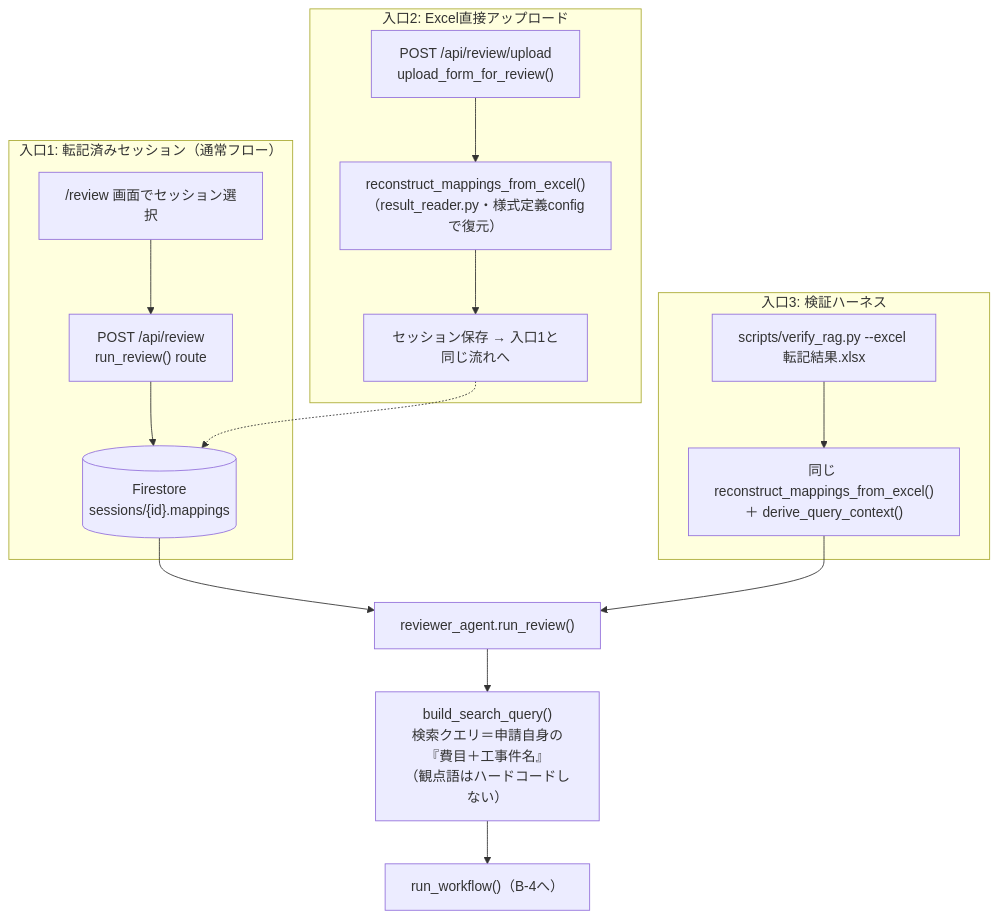
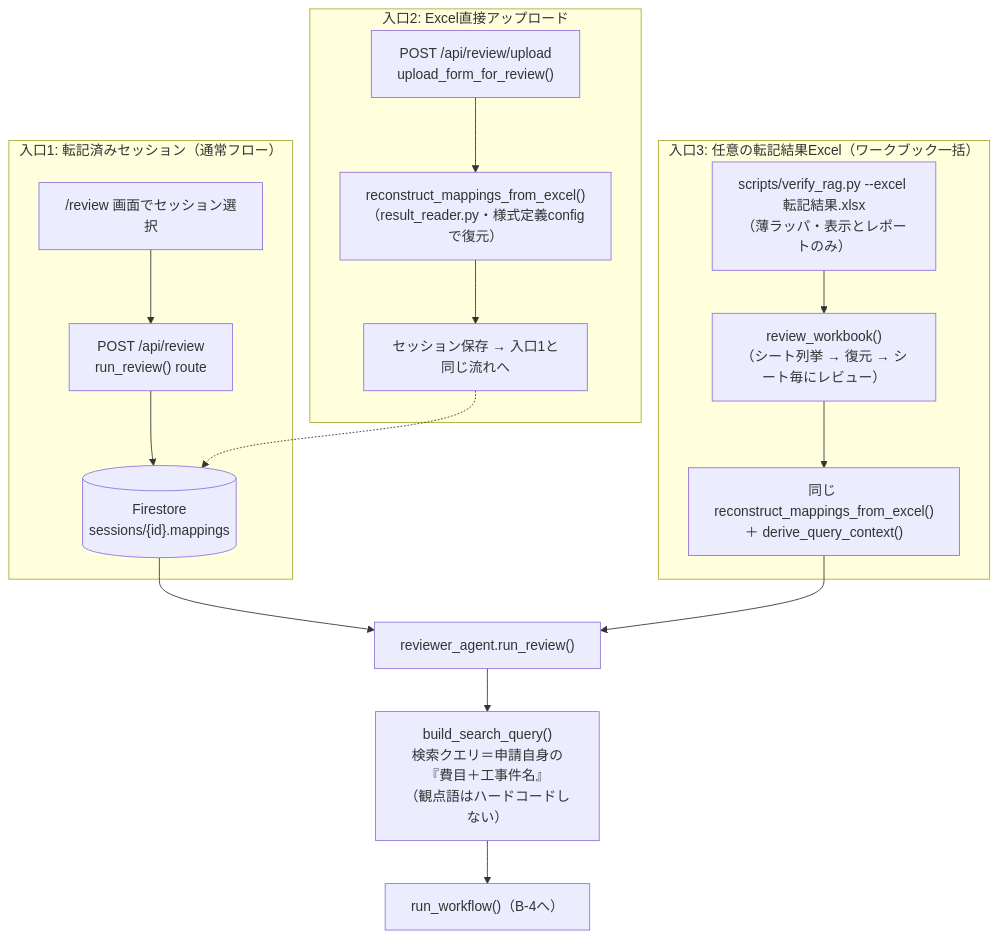
One commit to monigairu/PPOOCC changed the fourth of 7 diagrams in docs/preliminary_review/ARCHITECTURE.md. Above: the diagram before and after it, drawn with Mermaid. The commit also changed other lines of this file and 10 other files, not shown here.

````diff
--- a/docs/preliminary_review/ARCHITECTURE.md
+++ b/docs/preliminary_review/ARCHITECTURE.md
@@ -138,19 +139,20 @@
 ```mermaid
 flowchart TD
     subgraph E1["入口1: 転記済みセッション（通常フロー）"]
         UI1["/review 画面でセッション選択"] --> API1["POST /api/review<br/>run_review() route"]
         API1 --> FS1[("Firestore<br/>sessions/{id}.mappings")]
     end
     subgraph E2["入口2: Excel直接アップロード"]
         UP["POST /api/review/upload<br/>upload_form_for_review()"] --> REC["reconstruct_mappings_from_excel()<br/>（result_reader.py・様式定義configで復元）"]
         REC --> SAVE["セッション保存 → 入口1と同じ流れへ"]
     end
-    subgraph E3["入口3: 検証ハーネス"]
-        VR["scripts/verify_rag.py --excel 転記結果.xlsx"] --> REC2["同じ reconstruct_mappings_from_excel()<br/>＋ derive_query_context()"]
+    subgraph E3["入口3: 任意の転記結果Excel（ワークブック一括）"]
+        VR["scripts/verify_rag.py --excel 転記結果.xlsx<br/>（薄ラッパ・表示とレポートのみ）"] --> WBK["review_workbook()<br/>（シート列挙 → 復元 → シート毎にレビュー）"]
+        WBK --> REC2["同じ reconstruct_mappings_from_excel()<br/>＋ derive_query_context()"]
     end
     FS1 --> AGENT["reviewer_agent.run_review()"]
     SAVE -.-> FS1
     REC2 --> AGENT
     AGENT --> QB["build_search_query()<br/>検索クエリ＝申請自身の『費目＋工事件名』<br/>（観点語はハードコードしない）"]
     QB --> WF["run_workflow()（B-4へ）"]
 ```
````
